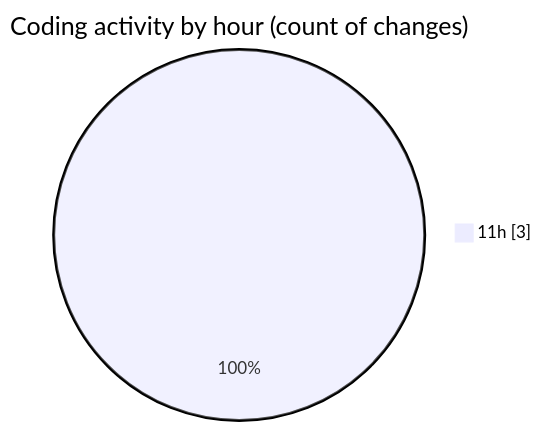
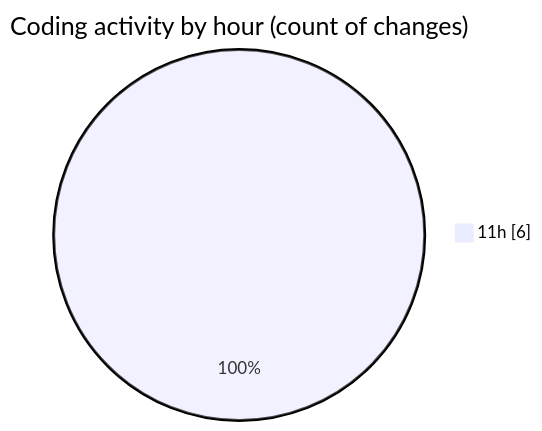
One commit to shibass792/code-tracking changed the second of 2 diagrams in 2026-07-16/panel/README.md. Above: the diagram before and after it, drawn with Mermaid. The commit also changed other lines of this file and 1 other file, not shown here.

````diff
--- a/2026-07-16/panel/README.md
+++ b/2026-07-16/panel/README.md
@@ -28,5 +28,5 @@
 ```mermaid
 pie showData
 title Coding activity by hour (count of changes)
-"11h" : 3
+"11h" : 6
 ```
````
